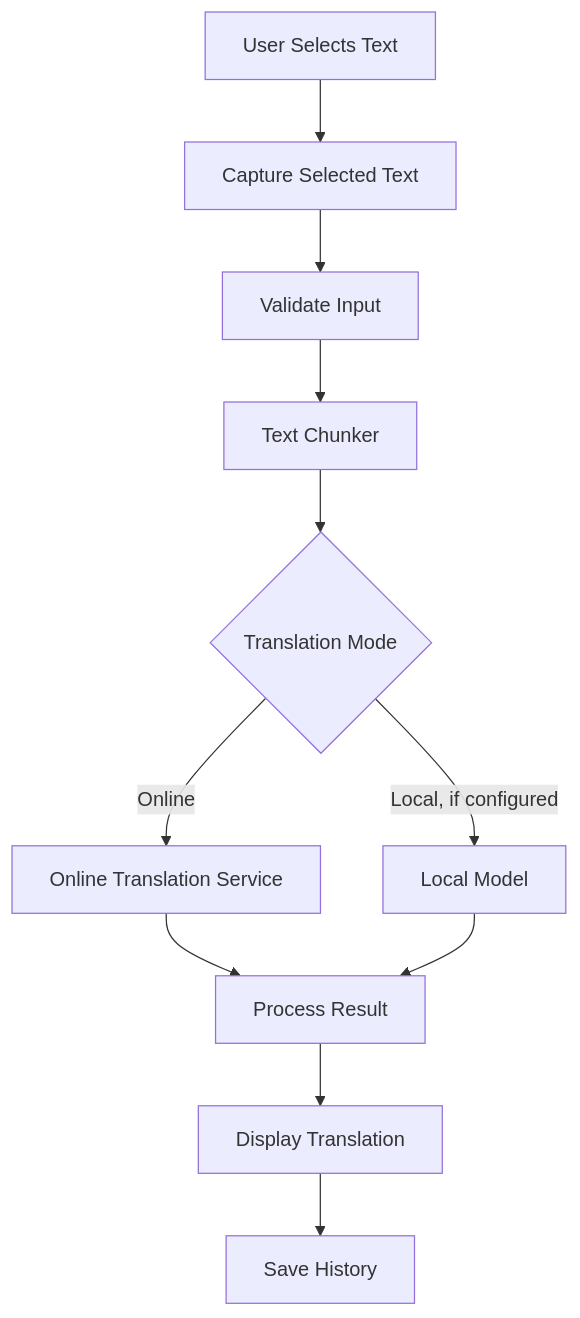
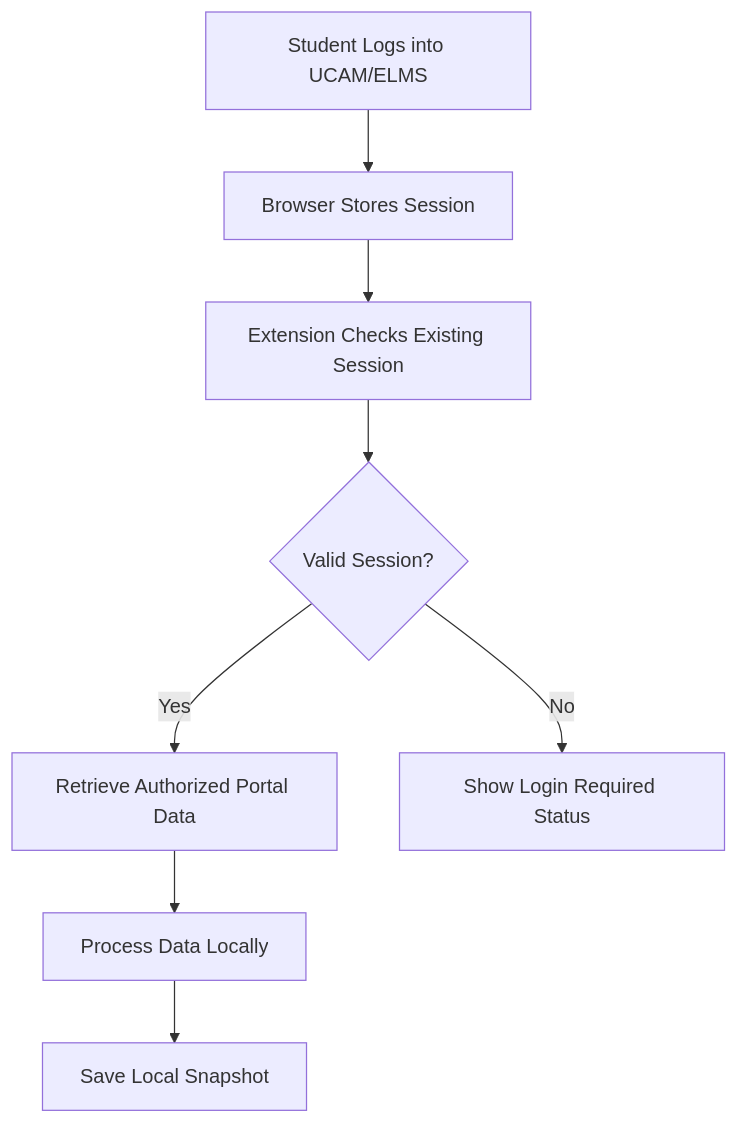
The eighth of 11 diagrams in README.md (suyabamin/uiu_notification_pro), drawn with Mermaid before and after one commit. The commit also changed other lines of this file, not shown here.

````diff
--- a/README.md
+++ b/README.md
@@ -729,20 +675,12 @@
 ```mermaid
 flowchart TD
-    A["User Selects Text"]
-    B["Capture Selected Text"]
-    C["Validate Input"]
-    D["Text Chunker"]
-    E{"Translation Mode"}
-    F["Online Translation Service"]
-    G["Local Model"]
-    H["Process Result"]
-    I["Display Translation"]
-    J["Save History"]
+    A[Student Logs into UCAM/ELMS] --> B[Browser Stores Session]
+    B --> C[Extension Checks Existing Session]
+    C --> D{Valid Session?}
 
-    A --> B --> C --> D --> E
-    E -->|Online| F
-    E -->|Local, if configured| G
-    F --> H
-    G --> H
-    H --> I --> J
+    D -->|Yes| E[Retrieve Authorized Portal Data]
+    D -->|No| F[Show Login Required Status]
+
+    E --> G[Process Data Locally]
+    G --> H[Save Local Snapshot]
 ```
````
